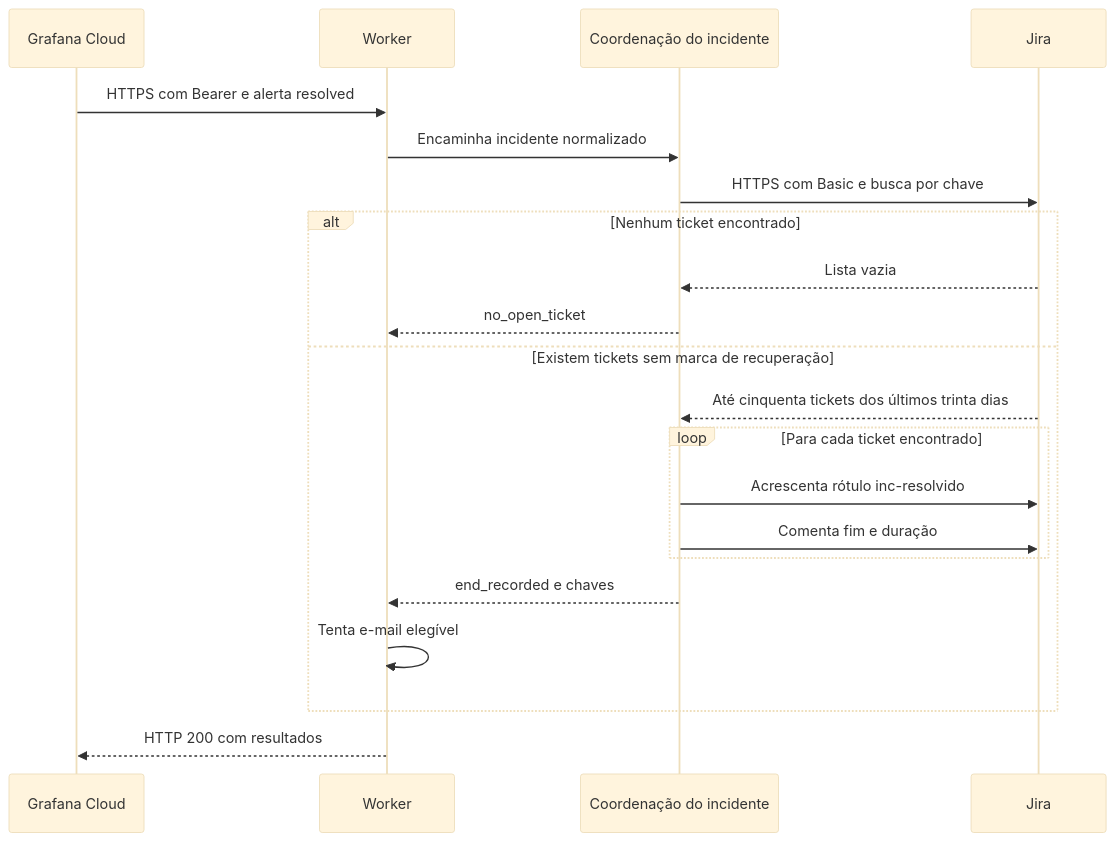
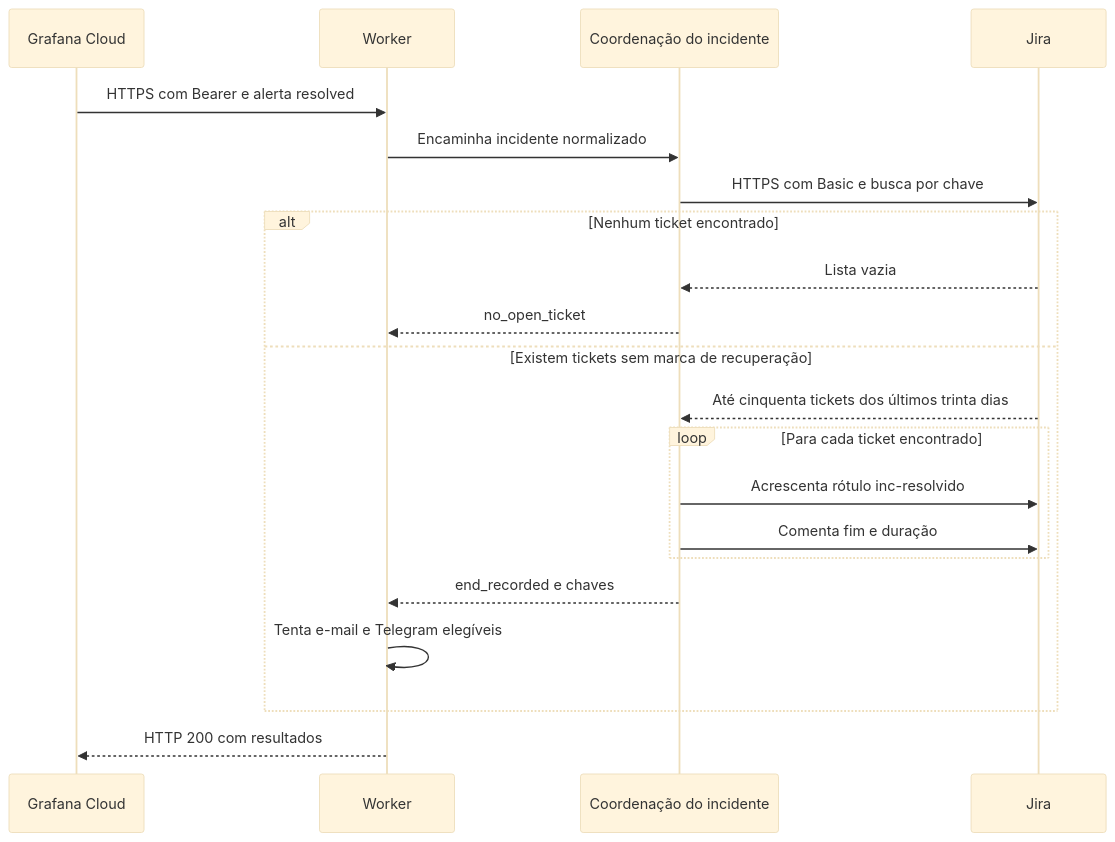
Before and after one commit to Solierrr/docs-warehouse: the diagram in readme/repositories/worker-alerts/flows/INCIDENT_RECOVERY.md, drawn with Mermaid (base theme). The commit also changed other lines of this file and 8 other files, not shown here.

````diff
--- a/readme/repositories/worker-alerts/flows/INCIDENT_RECOVERY.md
+++ b/readme/repositories/worker-alerts/flows/INCIDENT_RECOVERY.md
@@ -9,23 +9,23 @@
 ```mermaid
 sequenceDiagram
  participant G as Grafana Cloud
  participant W as Worker
  participant D as Coordenação do incidente
  participant J as Jira
  G->>W: HTTPS com Bearer e alerta resolved
  W->>D: Encaminha incidente normalizado
  D->>J: HTTPS com Basic e busca por chave
  alt Nenhum ticket encontrado
  J-->>D: Lista vazia
  D-->>W: no_open_ticket
  else Existem tickets sem marca de recuperação
  J-->>D: Até cinquenta tickets dos últimos trinta dias
  loop Para cada ticket encontrado
  D->>J: Acrescenta rótulo inc-resolvido
  D->>J: Comenta fim e duração
  end
  D-->>W: end_recorded e chaves
- W->>W: Tenta e-mail elegível
+ W->>W: Tenta e-mail e Telegram elegíveis
  end
  W-->>G: HTTP 200 com resultados
 ```
````
